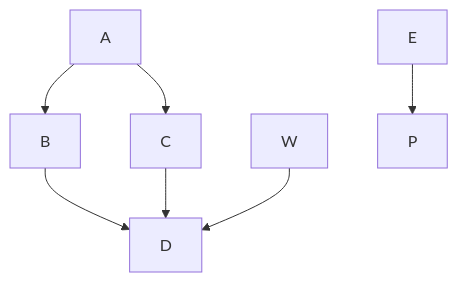
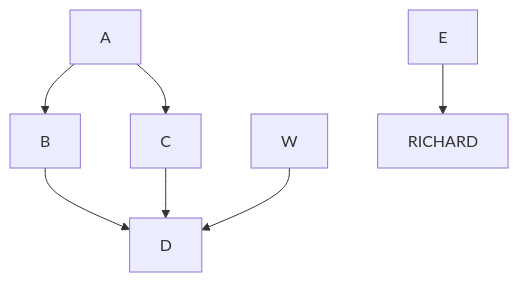
Before and after one commit to vdekercd/vdekercd: the diagram in mermaids/graph.mermaid, drawn with Mermaid.

```diff
--- a/mermaids/graph.mermaid
+++ b/mermaids/graph.mermaid
@@ -1,7 +1,7 @@
 graph TD;
     A-->B;
     A-->C;
     B-->D;
     C-->D;
     W-->D;
-    E-->P;
+    E-->RICHARD;
```
